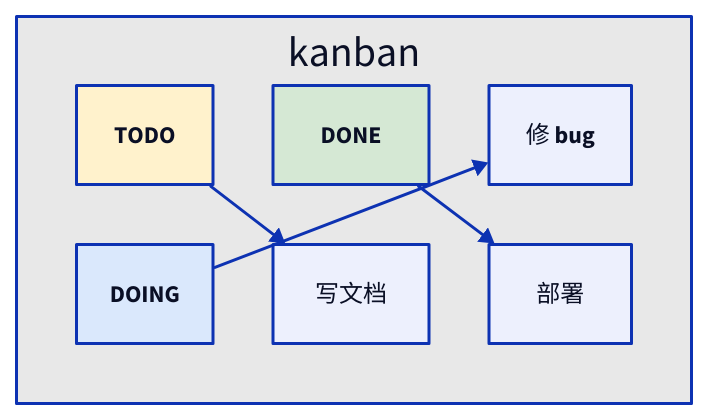
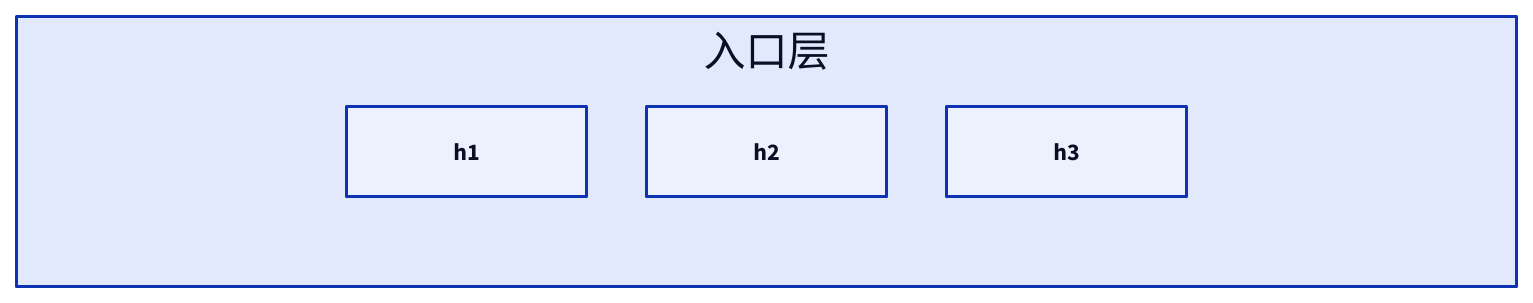
Before and after one commit to syllr/skills: the fifth of 6 diagrams in skills/d2/SKILL.md, drawn with D2. The commit also changed other lines of this file, not shown here.

First line of the commit message:
refactor: 完全重写 d2 skill 为架构图专用（从 682 行精简到 542 行）

````diff
--- a/skills/d2/SKILL.md
+++ b/skills/d2/SKILL.md
@@ -483,16 +422,9 @@
 ```d2
-kanban: {
-  style.fill: "#e8e8e8"
+入口层: {
+  width: 1000
   grid-columns: 3
-  grid-gap: 40
-  todo: "TODO" { style.fill: "#fff2cc" }
-  doing: "DOING" { style.fill: "#dae8fc" }
-  done: "DONE" { style.fill: "#d5e8d4" }
-  task1: "写文档" { shape: rectangle }
-  task2: "修 bug" { shape: rectangle }
-  task3: "部署" { shape: rectangle }
-  todo -> task1
-  doing -> task2
-  done -> task3
+  h1: { width: 160; height: 60; class: module }    # ← 固定 width 必须
+  h2: { width: 160; height: 60; class: module }
+  h3: { width: 160; height: 60; class: module }
 }
 ```
````
